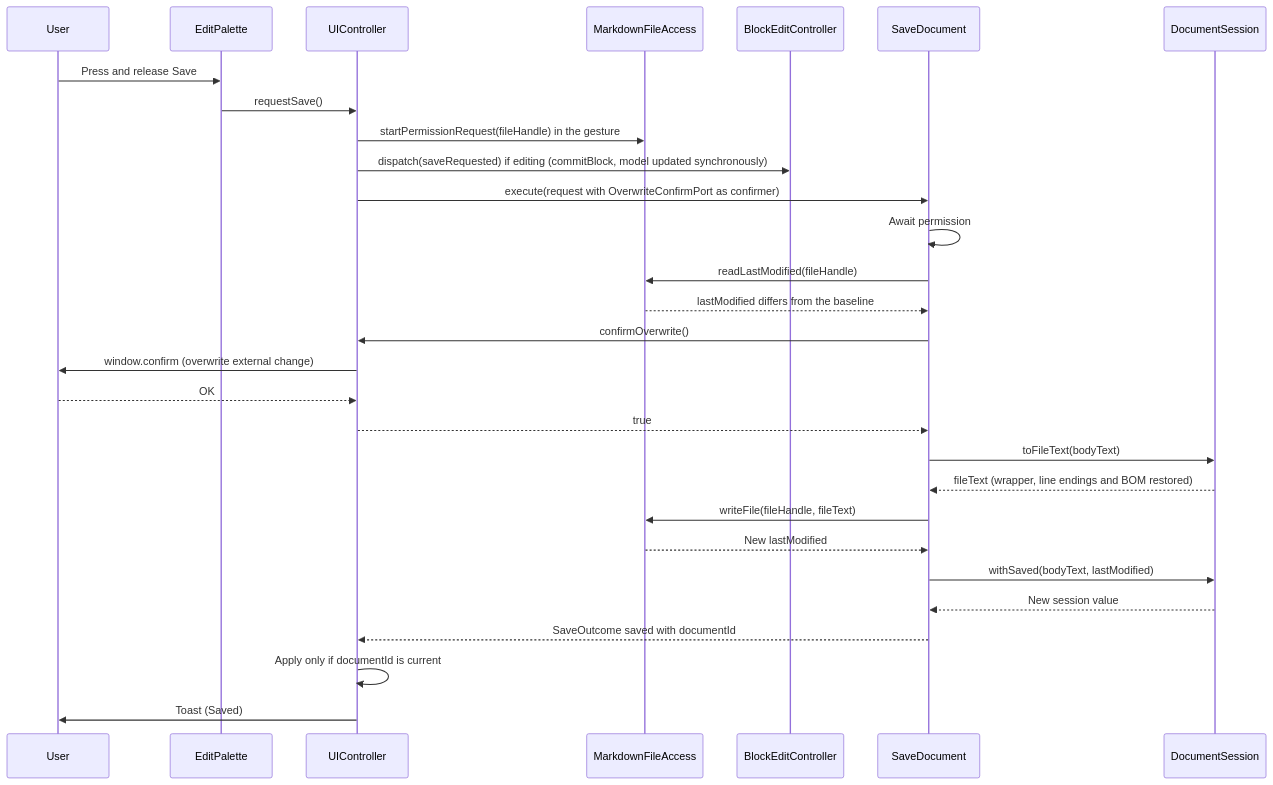
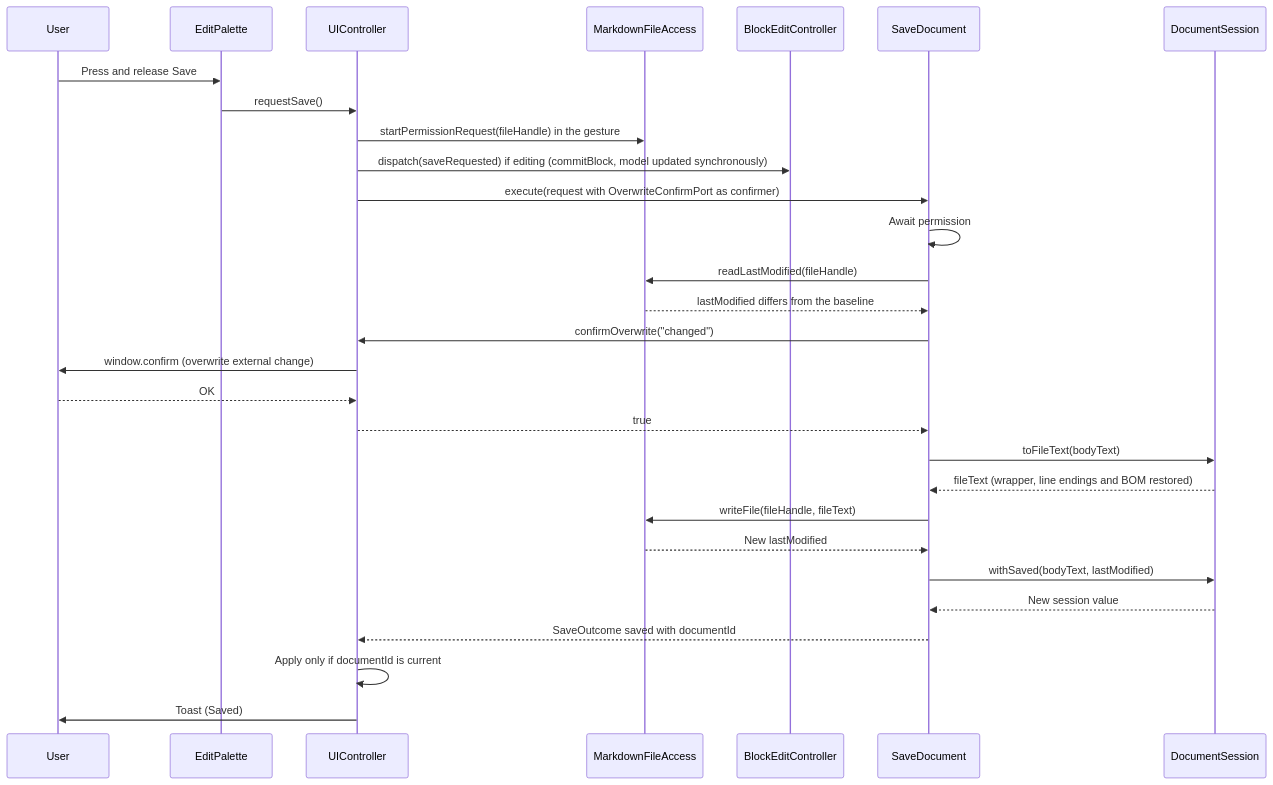
Before and after one commit to GoodRelax/gr-simple-md-renderer: diagram 13 of 17 in spec/grsmd_gen2_spec_ja.md, drawn with Mermaid. The commit also changed other lines of this file and 9 other files, not shown here.

````diff
--- a/spec/grsmd_gen2_spec_ja.md
+++ b/spec/grsmd_gen2_spec_ja.md
@@ -1273,32 +1273,32 @@
 ```mermaid
 sequenceDiagram
     participant User
     participant EditPalette
     participant UIController
     participant MarkdownFileAccess
     participant BlockEditController
     participant SaveDocument
     participant DocumentSession
 
     User->>EditPalette : Press and release Save
     EditPalette->>UIController : requestSave()
     UIController->>MarkdownFileAccess : startPermissionRequest(fileHandle) in the gesture
     UIController->>BlockEditController : dispatch(saveRequested) if editing (commitBlock, model updated synchronously)
     UIController->>SaveDocument : execute(request with OverwriteConfirmPort as confirmer)
     SaveDocument->>SaveDocument : Await permission
     SaveDocument->>MarkdownFileAccess : readLastModified(fileHandle)
     MarkdownFileAccess-->>SaveDocument : lastModified differs from the baseline
-    SaveDocument->>UIController : confirmOverwrite()
+    SaveDocument->>UIController : confirmOverwrite("changed")
     UIController->>User : window.confirm (overwrite external change)
     User-->>UIController : OK
     UIController-->>SaveDocument : true
     SaveDocument->>DocumentSession : toFileText(bodyText)
     DocumentSession-->>SaveDocument : fileText (wrapper, line endings and BOM restored)
     SaveDocument->>MarkdownFileAccess : writeFile(fileHandle, fileText)
     MarkdownFileAccess-->>SaveDocument : New lastModified
     SaveDocument->>DocumentSession : withSaved(bodyText, lastModified)
     DocumentSession-->>SaveDocument : New session value
     SaveDocument-->>UIController : SaveOutcome saved with documentId
     UIController->>UIController : Apply only if documentId is current
     UIController->>User : Toast (Saved)
 ```
````
